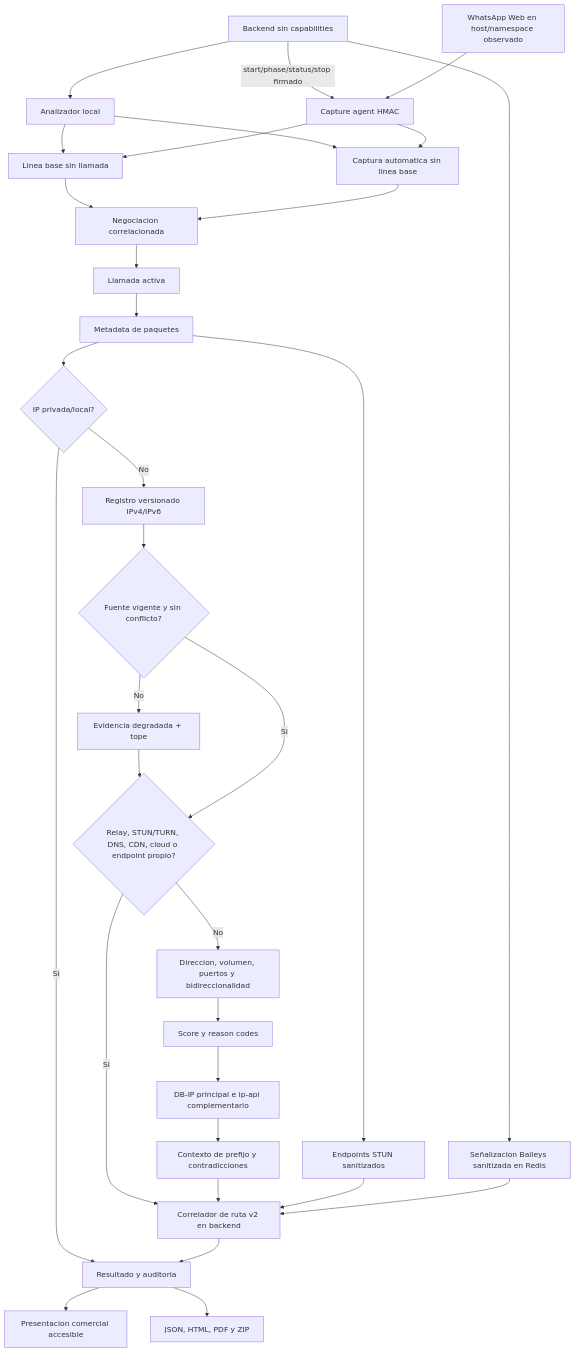
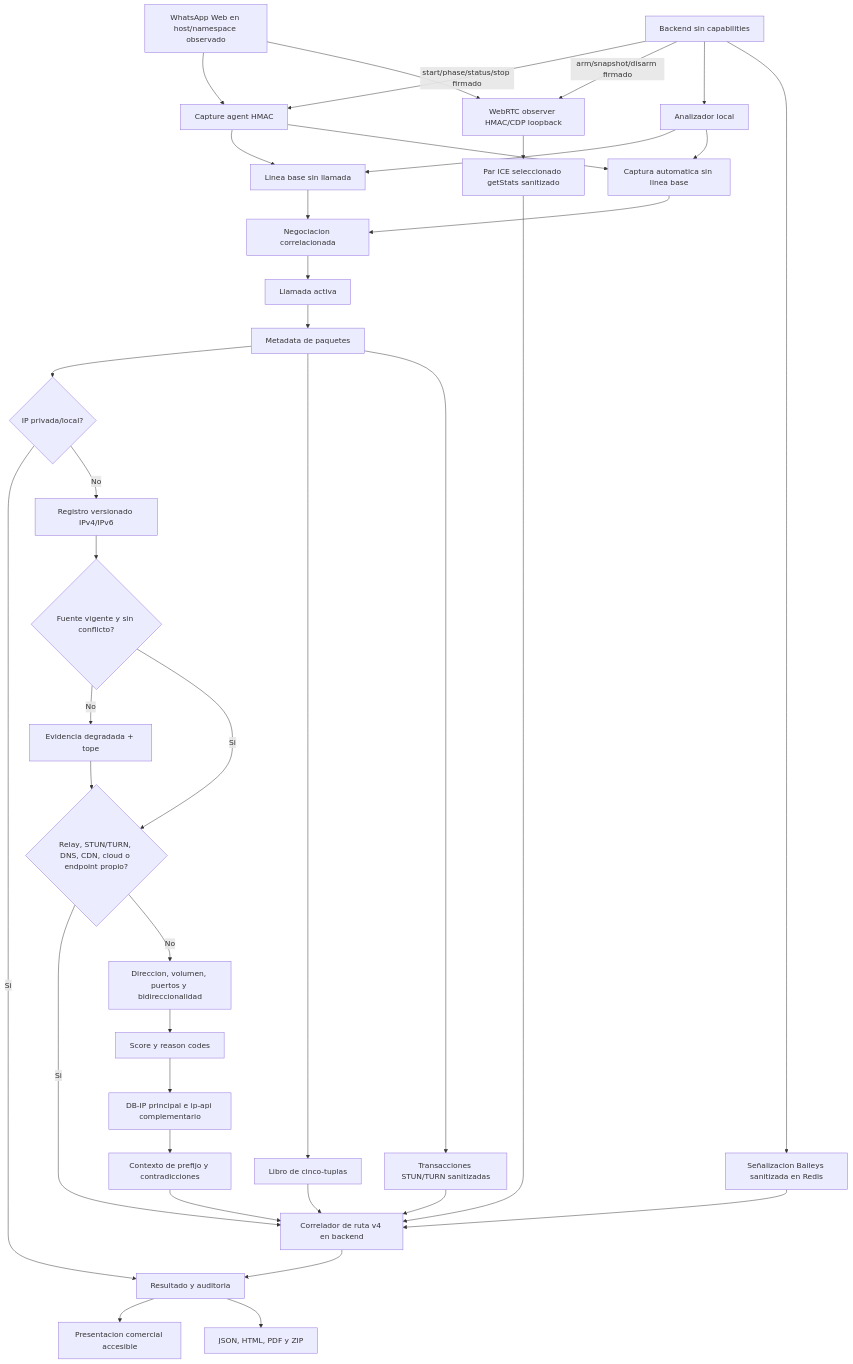
One commit to deco31416/wp-monitor changed the diagram in docs/diagrams/08-call-analysis.md. Above: the diagram before and after it, drawn with Mermaid. The commit also changed other lines of this file and 66 other files, not shown here.

Commit message:
feat: add bounded WebRTC call evidence

````diff
--- a/docs/diagrams/08-call-analysis.md
+++ b/docs/diagrams/08-call-analysis.md
@@ -9,46 +9,52 @@
 ```mermaid
 flowchart TD
     Browser[WhatsApp Web en host/namespace observado]
     Backend[Backend sin capabilities]
     Local[Analizador local]
     Agent[Capture agent HMAC]
+    Observer[WebRTC observer HMAC/CDP loopback]
+    BrowserStats[Par ICE seleccionado getStats sanitizado]
     Baseline[Linea base sin llamada]
     Negotiation[Negociacion correlacionada]
     Active[Llamada activa]
     Auto[Captura automatica sin linea base]
     Packets[Metadata de paquetes]
+    FiveTuple[Libro de cinco-tuplas]
     Private{IP privada/local?}
     Registry[Registro versionado IPv4/IPv6]
     Fresh{Fuente vigente y sin conflicto?}
     Known{Relay, STUN/TURN, DNS, CDN, cloud o endpoint propio?}
     Degraded[Evidencia degradada + tope]
     Flow[Direccion, volumen, puertos y bidireccionalidad]
     Score[Score y reason codes]
-    Stun[Endpoints STUN sanitizados]
+    Stun[Transacciones STUN/TURN sanitizadas]
     Transport[Señalizacion Baileys sanitizada en Redis]
     Geo[DB-IP principal e ip-api complementario]
     Consistency[Contexto de prefijo y contradicciones]
-    Correlator[Correlador de ruta v2 en backend]
+    Correlator[Correlador de ruta v4 en backend]
     Presentation[Presentacion comercial accesible]
     Exports[JSON, HTML, PDF y ZIP]
     Result[Resultado y auditoria]
 
     Backend -->|start/phase/status/stop firmado| Agent
+    Backend -->|arm/snapshot/disarm firmado| Observer
     Backend --> Local
     Browser --> Agent
+    Browser --> Observer --> BrowserStats --> Correlator
     Local --> Baseline --> Negotiation --> Active --> Packets --> Private
     Local --> Auto --> Negotiation
     Agent --> Baseline
     Agent --> Auto
+    Packets --> FiveTuple --> Correlator
     Private -->|Si| Result
     Private -->|No| Registry --> Fresh
     Fresh -->|No| Degraded --> Known
     Fresh -->|Si| Known
     Known -->|Si| Correlator
     Known -->|No| Flow --> Score --> Geo --> Consistency --> Correlator
     Packets --> Stun --> Correlator
     Backend --> Transport --> Correlator
     Correlator --> Result
     Result --> Presentation
     Result --> Exports
 ```
````
